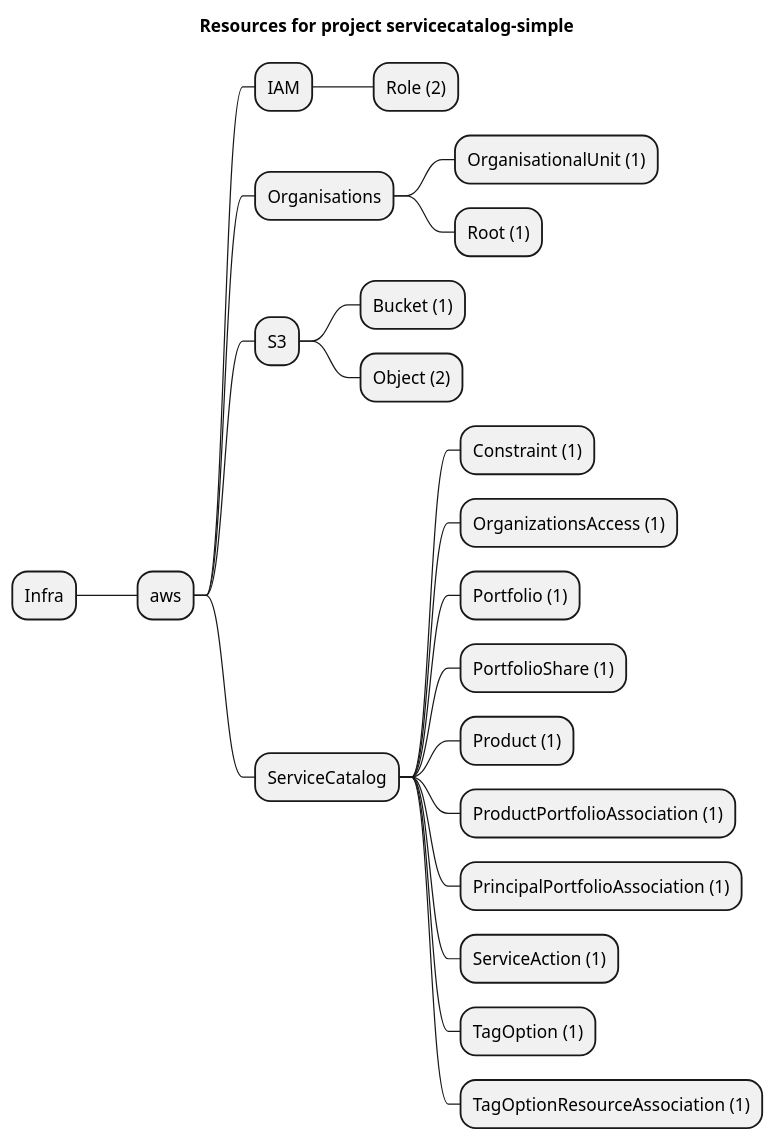
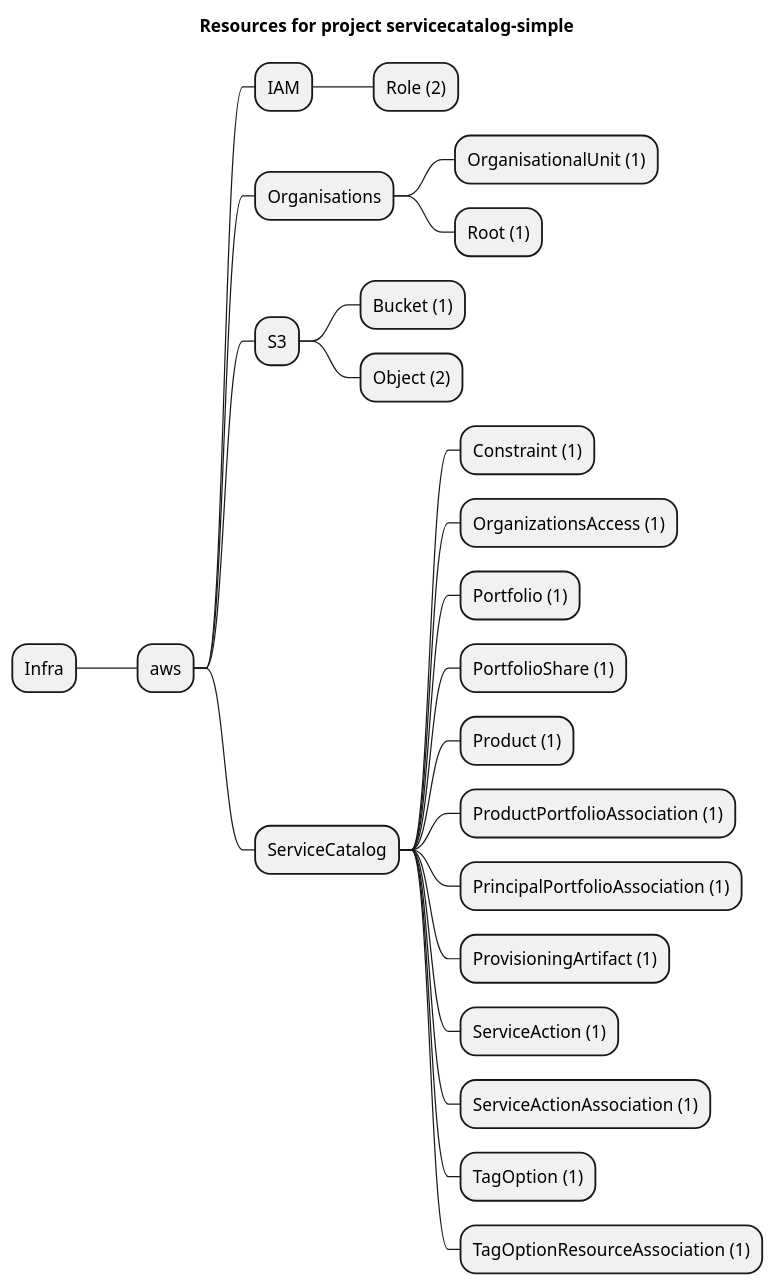
The diagram in examples/aws/ServiceCatalog/servicecatalog-simple/artifacts/resources-mindmap.puml (grucloud/grucloud), drawn with PlantUML before and after one commit. The commit also changed 9 other files, not shown here.

Commit message:
ServiceCatalogProvisioningArtifact

```diff
--- a/examples/aws/ServiceCatalog/servicecatalog-simple/artifacts/resources-mindmap.puml
+++ b/examples/aws/ServiceCatalog/servicecatalog-simple/artifacts/resources-mindmap.puml
@@ -1,25 +1,27 @@
 @startmindmap
 title Resources for project servicecatalog-simple
 skinparam monochrome true
 + Infra
 ++ aws
 +++ IAM
 ++++ Role (2)
 +++ Organisations
 ++++ OrganisationalUnit (1)
 ++++ Root (1)
 +++ S3
 ++++ Bucket (1)
 ++++ Object (2)
 +++ ServiceCatalog
 ++++ Constraint (1)
 ++++ OrganizationsAccess (1)
 ++++ Portfolio (1)
 ++++ PortfolioShare (1)
 ++++ Product (1)
 ++++ ProductPortfolioAssociation (1)
 ++++ PrincipalPortfolioAssociation (1)
+++++ ProvisioningArtifact (1)
 ++++ ServiceAction (1)
+++++ ServiceActionAssociation (1)
 ++++ TagOption (1)
 ++++ TagOptionResourceAssociation (1)
 @endmindmap
```
